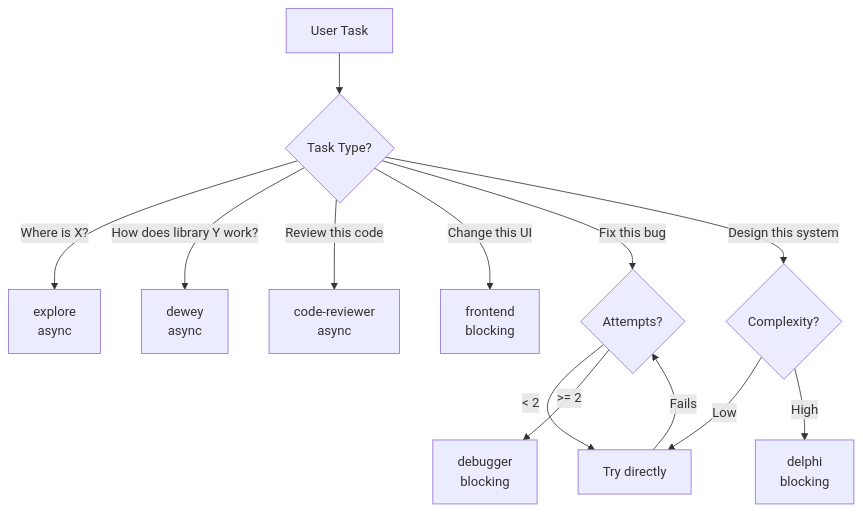
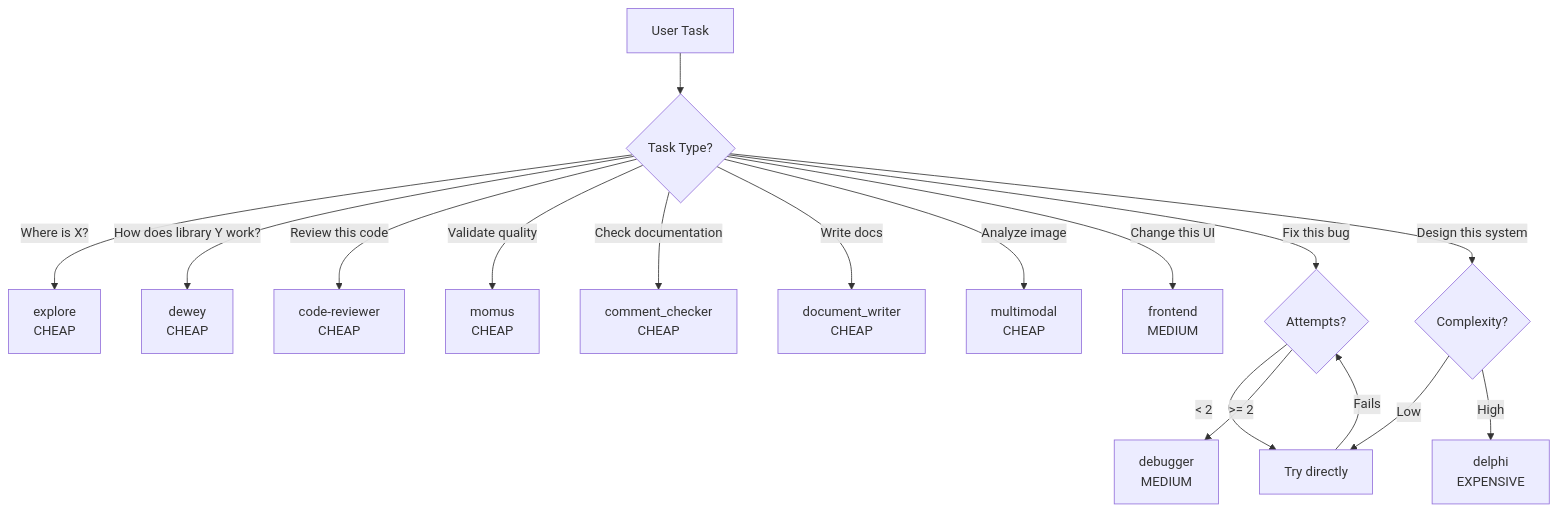
The seventh of 8 diagrams in docs/architecture/AGENT_ORCHESTRATION.md (GratefulDave/stravinsky), drawn with Mermaid before and after one commit. The commit also changed other lines of this file and 30 other files, not shown here.

First line of the commit message:
docs: comprehensive architecture documentation update for 7-Phase Orchestrator

````diff
--- a/docs/architecture/AGENT_ORCHESTRATION.md
+++ b/docs/architecture/AGENT_ORCHESTRATION.md
@@ -204,19 +346,23 @@
 ```mermaid
 flowchart TD
     TASK[User Task] --> TYPE{Task Type?}
 
-    TYPE -->|"Where is X?"| EXP[explore<br/>async]
-    TYPE -->|"How does library Y work?"| DEW[dewey<br/>async]
-    TYPE -->|"Review this code"| CR[code-reviewer<br/>async]
-    TYPE -->|"Change this UI"| FE[frontend<br/>blocking]
+    TYPE -->|"Where is X?"| EXP[explore<br/>CHEAP]
+    TYPE -->|"How does library Y work?"| DEW[dewey<br/>CHEAP]
+    TYPE -->|"Review this code"| CR[code-reviewer<br/>CHEAP]
+    TYPE -->|"Validate quality"| MOM[momus<br/>CHEAP]
+    TYPE -->|"Check documentation"| CC[comment_checker<br/>CHEAP]
+    TYPE -->|"Write docs"| DW[document_writer<br/>CHEAP]
+    TYPE -->|"Analyze image"| MM[multimodal<br/>CHEAP]
+    TYPE -->|"Change this UI"| FE[frontend<br/>MEDIUM]
     TYPE -->|"Fix this bug"| DEBUG{Attempts?}
     TYPE -->|"Design this system"| ARCH{Complexity?}
 
     DEBUG -->|< 2| TRY[Try directly]
-    DEBUG -->|>= 2| DEB[debugger<br/>blocking]
+    DEBUG -->|>= 2| DEB[debugger<br/>MEDIUM]
 
     ARCH -->|Low| TRY
-    ARCH -->|High| DEL[delphi<br/>blocking]
+    ARCH -->|High| DEL[delphi<br/>EXPENSIVE]
 
     TRY -->|Fails| DEBUG
 ```
````
